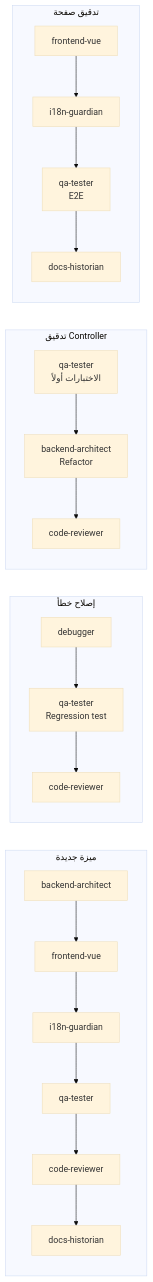
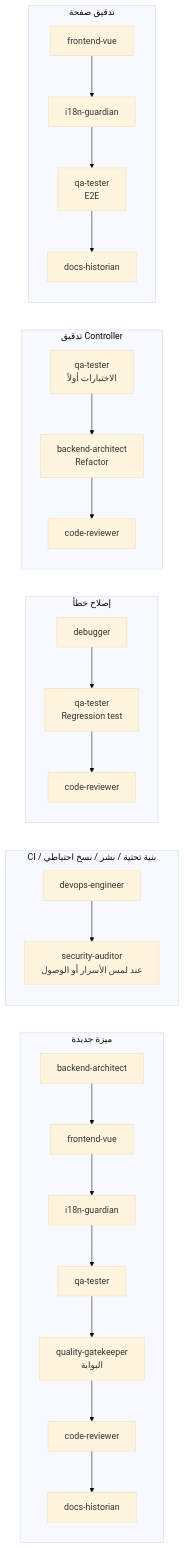
The diagram in docs/06-ai-collaboration/ai-roles.md (kamalsroor1/sroor-cofe-erp), drawn with Mermaid (base theme) before and after one commit. The commit also changed other lines of this file and 6 other files, not shown here.

````diff
--- a/docs/06-ai-collaboration/ai-roles.md
+++ b/docs/06-ai-collaboration/ai-roles.md
@@ -65,15 +96,18 @@
 ```mermaid
 flowchart LR
     subgraph Feature[ميزة جديدة]
-        A1[backend-architect] --> A2[frontend-vue] --> A3[i18n-guardian] --> A4[qa-tester] --> A5[code-reviewer] --> A6[docs-historian]
+        A1[backend-architect] --> A2[frontend-vue] --> A3[i18n-guardian] --> A4[qa-tester] --> A5[quality-gatekeeper<br/>البوابة] --> A6[code-reviewer] --> A7[docs-historian]
+    end
+    subgraph Ops[CI / بنية تحتية / نشر / نسخ احتياطي]
+        E1[devops-engineer] --> E2[security-auditor<br/>عند لمس الأسرار أو الوصول]
     end
     subgraph Bug[إصلاح خطأ]
         B1[debugger] --> B2[qa-tester<br/>Regression test] --> B3[code-reviewer]
     end
     subgraph Ctrl[تدقيق Controller]
         C1[qa-tester<br/>الاختبارات أولاً] --> C2[backend-architect<br/>Refactor] --> C3[code-reviewer]
     end
     subgraph Page[تدقيق صفحة]
         D1[frontend-vue] --> D2[i18n-guardian] --> D3[qa-tester<br/>E2E] --> D4[docs-historian]
     end
 ```
````
